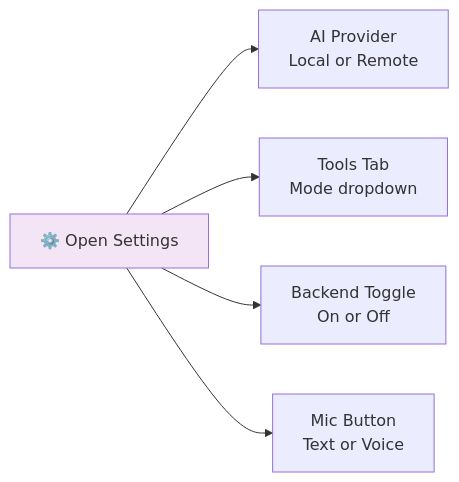
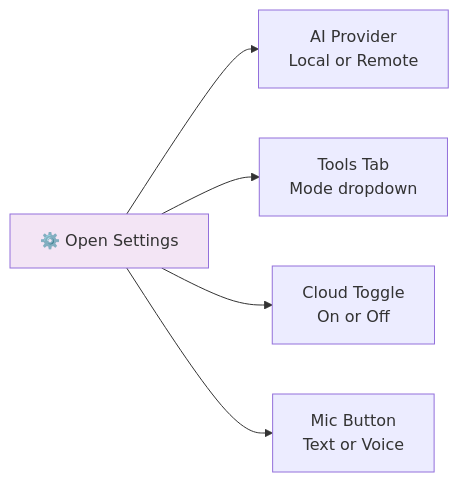
Before and after one commit to codewarnab/cognito-ai: the seventh of 7 diagrams in apps/docs/content/docs/configuration/modes-and-feature-flags.mdx, drawn with Mermaid. The commit also changed other lines of this file and 32 other files, not shown here.

First line of the commit message:
feat(diagrams): add MindMap and QuadrantChart components

````diff
--- a/apps/docs/content/docs/configuration/modes-and-feature-flags.mdx
+++ b/apps/docs/content/docs/configuration/modes-and-feature-flags.mdx
@@ -195,9 +195,9 @@
 ```mermaid
 flowchart LR
     SETTINGS["⚙️ Open Settings"] --> PROVIDER["AI Provider<br/>Local or Remote"]
     SETTINGS --> TOOLS["Tools Tab<br/>Mode dropdown"]
-    SETTINGS --> BACKEND["Backend Toggle<br/>On or Off"]
+    SETTINGS --> BACKEND["Cloud Toggle<br/>On or Off"]
     SETTINGS --> CHAT["Mic Button<br/>Text or Voice"]
     
     style SETTINGS fill:#f3e5f5
 ```
````
